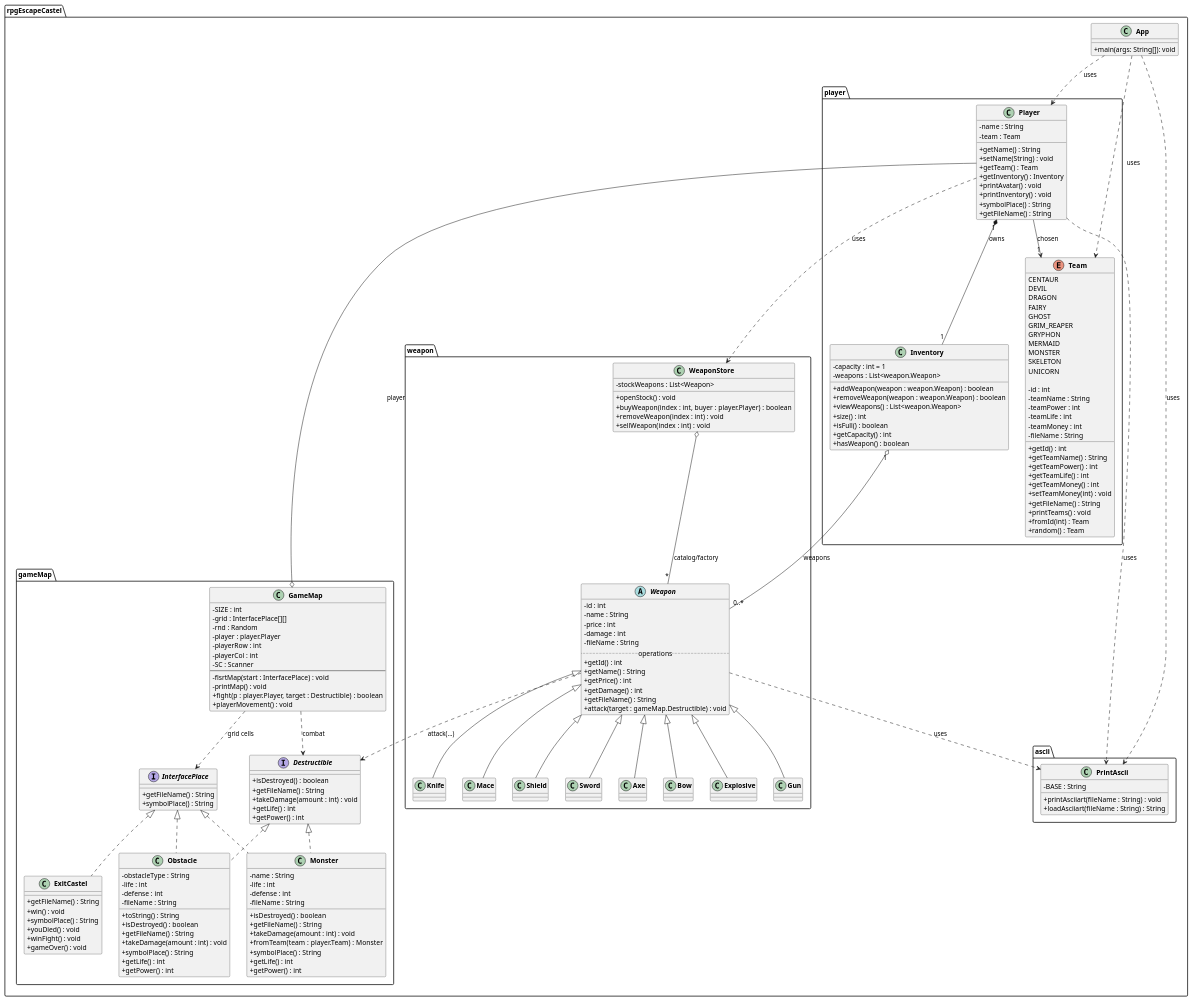
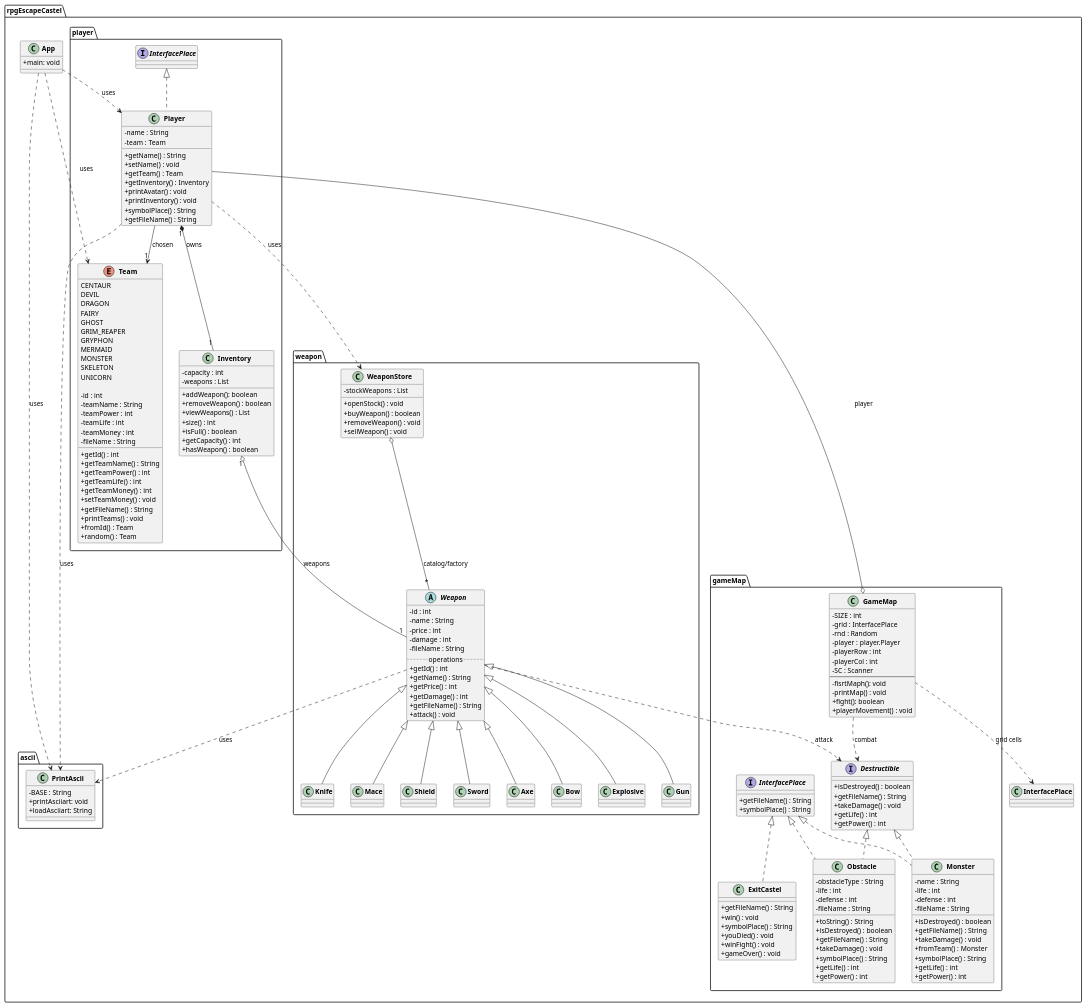
The diagram in diagram.puml (edusilvaramos/EscapeCastel), drawn with PlantUML before and after one commit. The commit also changed 2 other files, not shown here.

```diff
--- a/diagram.puml
+++ b/diagram.puml
@@ -5,14 +5,14 @@
 package rpgEscapeCastel {
 
     class App {
-        + main(args: String[]): void
+        + main: void
     }
 
     package ascii {
         class PrintAscii {
             - BASE : String
-            + printAsciiart(fileName : String) : void
-            + loadAsciiart(fileName : String) : String
+            + printAsciiart: void
+            + loadAsciiart: String
         }
     }
 
@@ -43,30 +43,30 @@
             + getTeamPower() : int
             + getTeamLife() : int
             + getTeamMoney() : int
-            + setTeamMoney(int) : void
+            + setTeamMoney() : void
             + getFileName() : String
             + printTeams() : void
-            + fromId(int) : Team
+            + fromId() : Team
             + random() : Team
         }
 
         class Inventory {
-            - capacity : int = 1
-            - weapons : List<weapon.Weapon>
-            + addWeapon(weapon : weapon.Weapon) : boolean
-            + removeWeapon(weapon : weapon.Weapon) : boolean
-            + viewWeapons() : List<weapon.Weapon>
+            - capacity : int
+            - weapons : List
+            + addWeapon(): boolean
+            + removeWeapon() : boolean
+            + viewWeapons() : List
             + size() : int
             + isFull() : boolean
             + getCapacity() : int
             + hasWeapon() : boolean
         }
 
-        class Player {
+        class Player implements InterfacePlace  {
             - name : String
             - team : Team
             + getName() : String
-            + setName(String) : void
+            + setName() : void
             + getTeam() : Team
             + getInventory() : Inventory
             + printAvatar() : void
@@ -90,7 +90,7 @@
             + getPrice() : int
             + getDamage() : int
             + getFileName() : String
-            + attack(target : gameMap.Destructible) : void
+            + attack() : void
         }
 
         class Axe extends Weapon
@@ -103,11 +103,11 @@
         class Sword extends Weapon
 
         class WeaponStore {
-            - stockWeapons : List<Weapon>
+            - stockWeapons : List
             + openStock() : void
-            + buyWeapon(index : int, buyer : player.Player) : boolean
-            + removeWeapon(index : int) : void
-            + sellWeapon(index : int) : void
+            + buyWeapon() : boolean
+            + removeWeapon() : void
+            + sellWeapon() : void
         }
 
 
@@ -117,16 +117,16 @@
 
         class GameMap {
             - SIZE : int
-            - grid : InterfacePlace[][]
+            - grid : InterfacePlace
             - rnd : Random
             - player : player.Player
             - playerRow : int
             - playerCol : int
             - SC : Scanner
             --
-            - fisrtMap(start : InterfacePlace) : void
+            - fisrtMaph(): void
             - printMap() : void
-            + fight(p : player.Player, target : Destructible) : boolean
+            + fight(): boolean
             + playerMovement() : void
         }
 
@@ -138,7 +138,7 @@
         interface Destructible {
             + isDestroyed() : boolean
             + getFileName() : String
-            + takeDamage(amount : int) : void
+            + takeDamage() : void
             + getLife() : int
             + getPower() : int
         }
@@ -150,8 +150,8 @@
             - fileName : String
             + isDestroyed() : boolean
             + getFileName() : String
-            + takeDamage(amount : int) : void
-            + fromTeam(team : player.Team) : Monster
+            + takeDamage() : void
+            + fromTeam() : Monster
             + symbolPlace() : String
             + getLife() : int
             + getPower() : int
@@ -165,7 +165,7 @@
             + toString() : String
             + isDestroyed() : boolean
             + getFileName() : String
-            + takeDamage(amount : int) : void
+            + takeDamage() : void
             + symbolPlace() : String
             + getLife() : int
             + getPower() : int
@@ -186,17 +186,17 @@
     App ..> ascii.PrintAscii : uses
     player.Player ..> ascii.PrintAscii : uses
 
-    player.Player "1" *-- "1" player.Inventory : owns
-    player.Inventory "1" o-- "0..*" weapon.Weapon : weapons
-    player.Player --> "1" player.Team : chosen
-    player.Player ..> weapon.WeaponStore : uses
+    player.Player "1" *-- "1" Inventory : owns
+    player.Inventory "1" o-- "1" Weapon : weapons
+    player.Player --> "1" Team : chosen
+    player.Player ..> WeaponStore : uses
 
-    App ..> player.Player : uses
-    App ..> player.Team : uses
-    Weapon ..> rpgEscapeCastel.ascii.PrintAscii : uses
-    Weapon ..> gameMap.Destructible : attack(...)
+    App ..> Player : uses
+    App ..> Team : uses
+    Weapon ..> PrintAscii : uses
+    Weapon ..> Destructible : attack
     WeaponStore o-- "*" Weapon : catalog/factory
-    GameMap o-- player.Player : player
+    GameMap o-- Player : player
     GameMap ..> InterfacePlace : grid cells
     GameMap ..> Destructible : combat
 }
```
